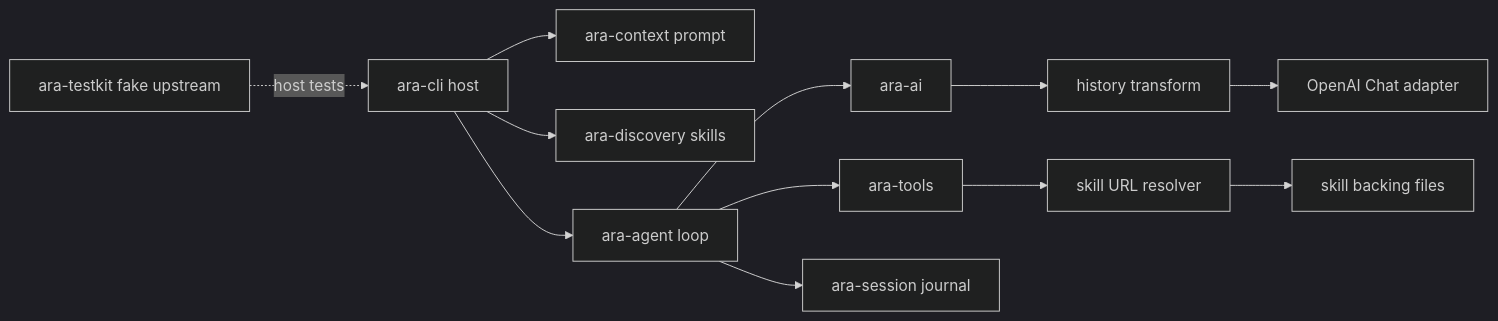
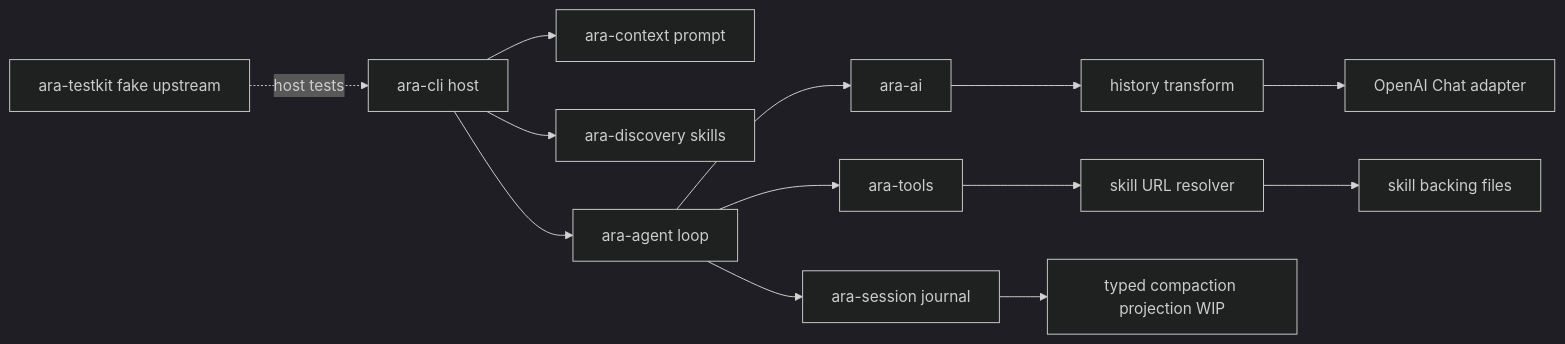
Before and after one commit to ZZray/ara: the diagram in docs/handoffs/2026-09-27.md, drawn with Mermaid (dark theme). The commit also changed other lines of this file and 3 other files, not shown here.

Commit message:
WIP: project soft compaction context from session journal

````diff
--- a/docs/handoffs/2026-09-27.md
+++ b/docs/handoffs/2026-09-27.md
@@ -34,14 +40,15 @@
 ```mermaid
 flowchart LR
     CLI[ara-cli host] --> CTX[ara-context prompt]
     CLI --> DISC[ara-discovery skills]
     CLI --> AGT[ara-agent loop]
     AGT --> AI[ara-ai]
     AI --> XFORM[history transform]
     XFORM --> PROVIDER[OpenAI Chat adapter]
     AGT --> TOOLS[ara-tools]
     TOOLS --> URL[skill URL resolver]
     URL --> FS[skill backing files]
     AGT --> SES[ara-session journal]
+    SES --> PROJ[typed compaction projection WIP]
     TK[ara-testkit fake upstream] -. host tests .-> CLI
 ```
````
